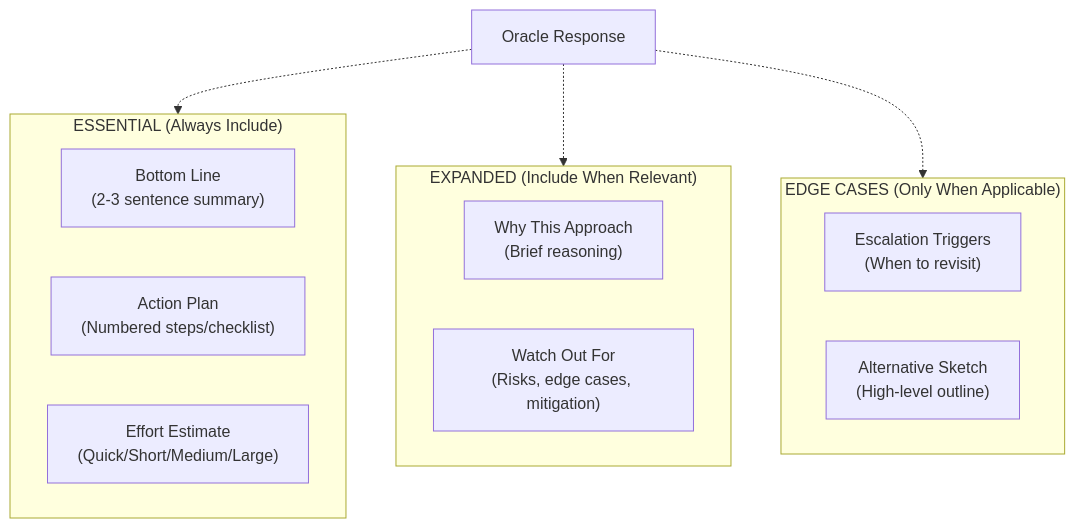
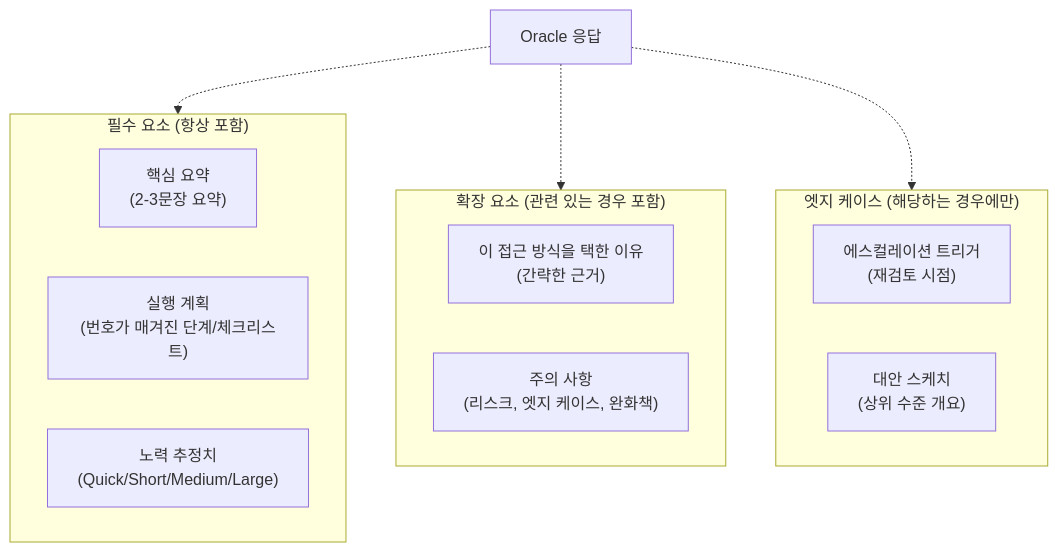
Before and after one commit to felipetruman/oh-my-opencode-docs: the seventh of 11 diagrams in docs/agents/oracle-agent.md, drawn with Mermaid. The commit also changed other lines of this file and 76 other files, not shown here.

````diff
--- a/docs/agents/oracle-agent.md
+++ b/docs/agents/oracle-agent.md
@@ -311,32 +311,32 @@
 ```mermaid
 flowchart TD
 
-Escalation["Escalation Triggers<br>(When to revisit)"]
-Alternative["Alternative Sketch<br>(High-level outline)"]
-Why["Why This Approach<br>(Brief reasoning)"]
-Risks["Watch Out For<br>(Risks, edge cases, mitigation)"]
-BottomLine["Bottom Line<br>(2-3 sentence summary)"]
-ActionPlan["Action Plan<br>(Numbered steps/checklist)"]
-Effort["Effort Estimate<br>(Quick/Short/Medium/Large)"]
-Response["Oracle Response"]
+Escalation["에스컬레이션 트리거<br>(재검토 시점)"]
+Alternative["대안 스케치<br>(상위 수준 개요)"]
+Why["이 접근 방식을 택한 이유<br>(간략한 근거)"]
+Risks["주의 사항<br>(리스크, 엣지 케이스, 완화책)"]
+BottomLine["핵심 요약<br>(2-3문장 요약)"]
+ActionPlan["실행 계획<br>(번호가 매겨진 단계/체크리스트)"]
+Effort["노력 추정치<br>(Quick/Short/Medium/Large)"]
+Response["Oracle 응답"]
 
 Response -.-> Essential
 Response -.-> Expanded
 Response -.-> EdgeCases
 
-subgraph EdgeCases ["EDGE CASES (Only When Applicable)"]
+subgraph EdgeCases ["엣지 케이스 (해당하는 경우에만)"]
     Escalation
     Alternative
 end
 
-subgraph Expanded ["EXPANDED (Include When Relevant)"]
+subgraph Expanded ["확장 요소 (관련 있는 경우 포함)"]
     Why
     Risks
 end
 
-subgraph Essential ["ESSENTIAL (Always Include)"]
+subgraph Essential ["필수 요소 (항상 포함)"]
     BottomLine
     ActionPlan
     Effort
 end
 ```
````
